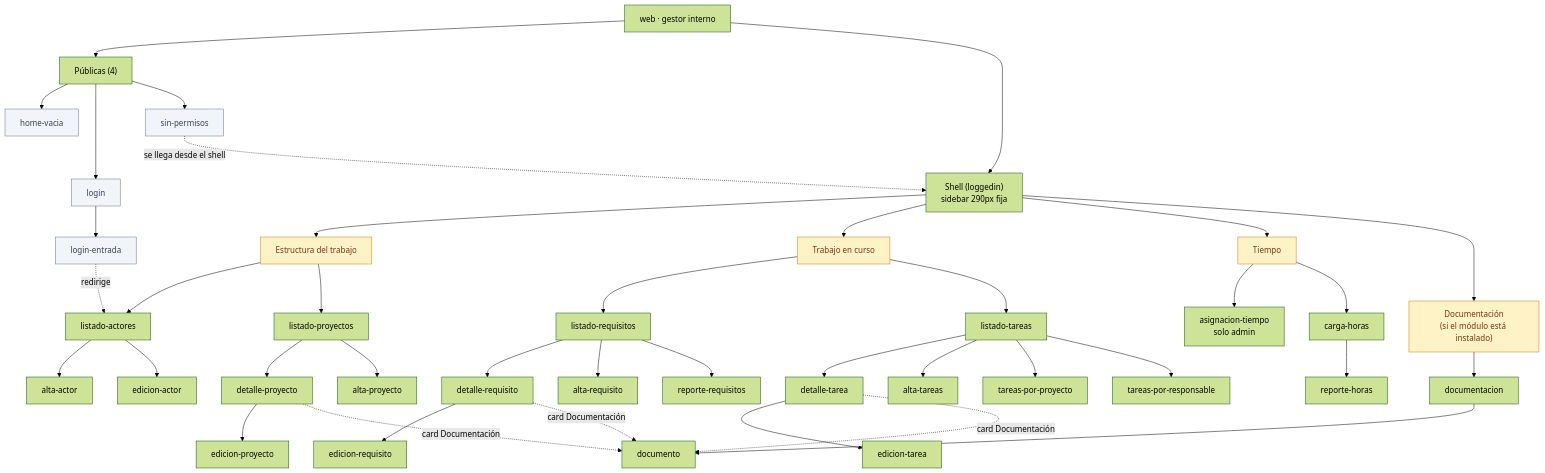
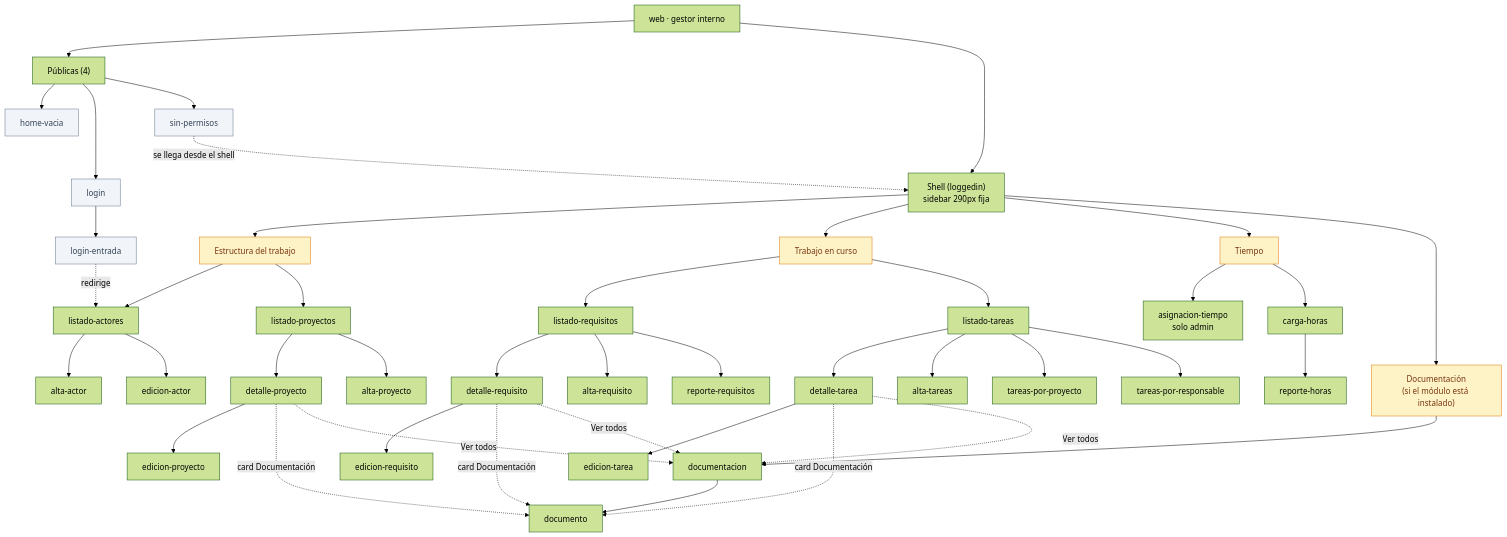
Before and after one commit to gravadigital/jiku: the diagram in docs/ux/surfaces/web/product-map.md, drawn with Mermaid (forest theme). The commit also changed other lines of this file and 20 other files, not shown here.

````diff
--- a/docs/ux/surfaces/web/product-map.md
+++ b/docs/ux/surfaces/web/product-map.md
@@ -342,55 +370,58 @@
 ```mermaid
 flowchart TD
     Root["web · gestor interno"]
 
     Root --> Pub["Públicas (4)"]
     Root --> Shell["Shell (loggedin)<br/>sidebar 290px fija"]
 
     Pub --> P1["home-vacia"]
     Pub --> P2["login"]
     P2 --> P3["login-entrada"]
     Pub --> P4["sin-permisos"]
 
     Shell --> G1["Estructura del trabajo"]
     Shell --> G2["Trabajo en curso"]
     Shell --> G3["Tiempo"]
 
     G1 --> A["listado-actores"]
     A --> A1["alta-actor"]
     A --> A2["edicion-actor"]
     G1 --> PR["listado-proyectos"]
     PR --> PR1["detalle-proyecto"]
     PR --> PR2["alta-proyecto"]
     PR1 --> PR3["edicion-proyecto"]
 
     G2 --> R["listado-requisitos"]
     R --> R1["detalle-requisito"]
     R --> R2["alta-requisito"]
     R1 --> R3["edicion-requisito"]
     R --> R4["reporte-requisitos"]
     G2 --> T["listado-tareas"]
     T --> T1["detalle-tarea"]
     T --> T2["alta-tareas"]
     T1 --> T3["edicion-tarea"]
     T --> T4["tareas-por-proyecto"]
     T --> T5["tareas-por-responsable"]
 
     Shell --> G4["Documentación<br/>(si el módulo está instalado)"]
     G4 --> D1["documentacion"]
     D1 --> D2["documento"]
     PR1 -.card Documentación.-> D2
     R1 -.card Documentación.-> D2
     T1 -.card Documentación.-> D2
+    PR1 -.Ver todos.-> D1
+    R1 -.Ver todos.-> D1
+    T1 -.Ver todos.-> D1
 
     G3 --> H1["asignacion-tiempo<br/>solo admin"]
     G3 --> H2["carga-horas"]
     H2 --> H3["reporte-horas"]
 
     P3 -.redirige.-> A
     P4 -.se llega desde el shell.-> Shell
 
     classDef pub fill:#f1f5f9,stroke:#64748b,color:#334155
     classDef grp fill:#fef3c7,stroke:#d97706,color:#78350f
     class P1,P2,P3,P4 pub
     class G1,G2,G3,G4 grp
 ```
````
